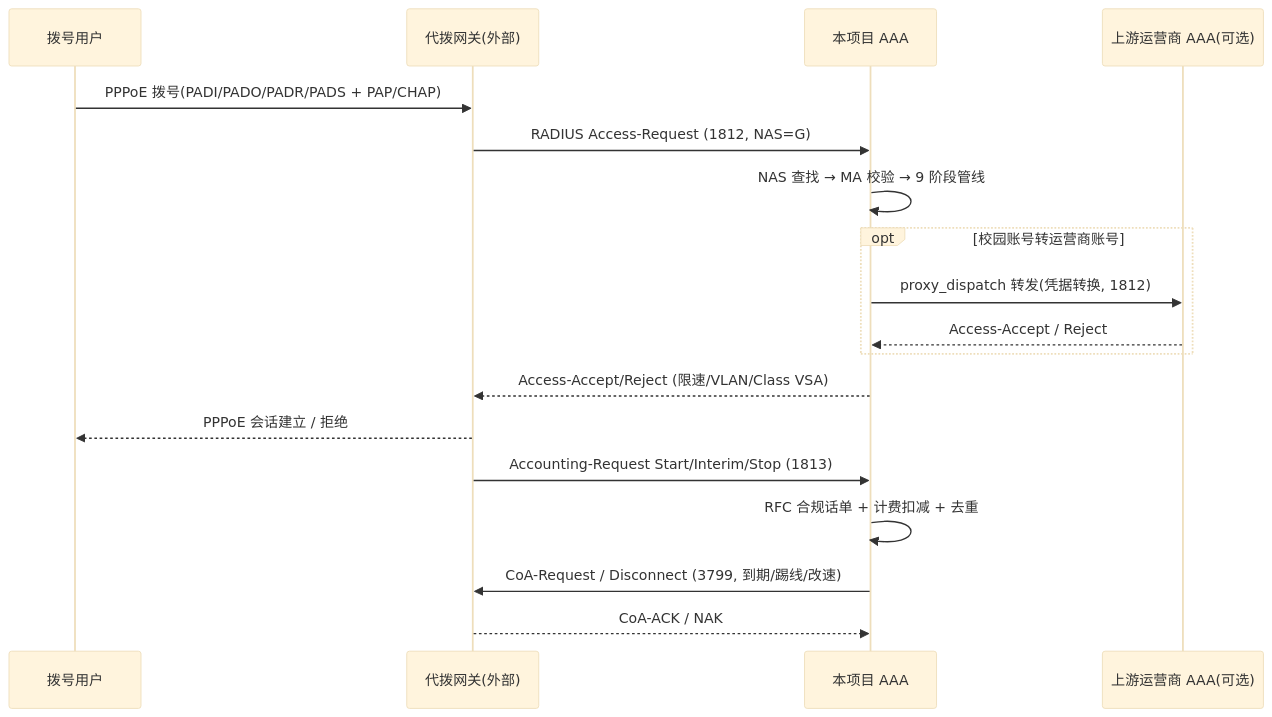
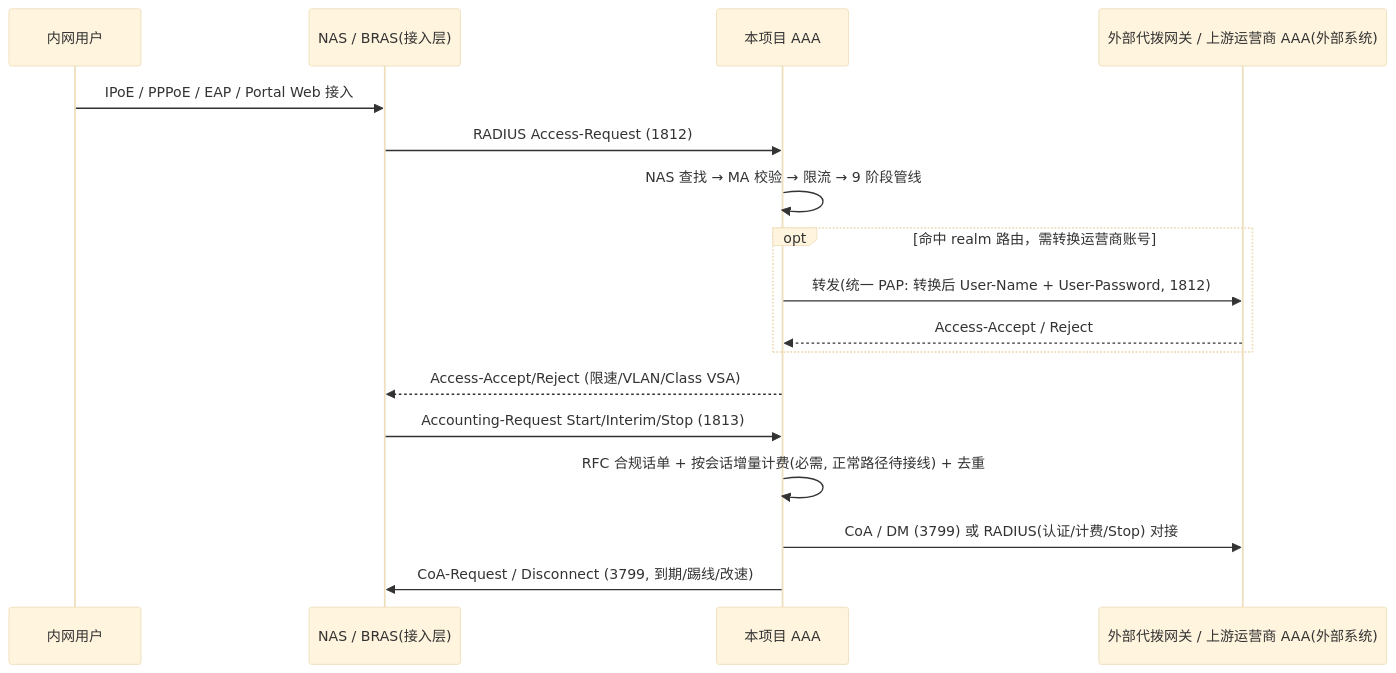
The sixth of 8 diagrams in docs/PROJECT-GUIDE.md (fanchaoping37/toughradius), drawn with Mermaid (base theme) before and after one commit. The commit also changed other lines of this file and 7 other files, not shown here.

Commit message:
docs: freeze 7 business clarifications (architecture baseline only, no code changes)

````diff
--- a/docs/PROJECT-GUIDE.md
+++ b/docs/PROJECT-GUIDE.md
@@ -237,21 +286,20 @@
 ```mermaid
 sequenceDiagram
-    participant U as 拨号用户
-    participant G as 代拨网关(外部)
+    participant U as 内网用户
+    participant N as NAS / BRAS(接入层)
     participant A as 本项目 AAA
-    participant O as 上游运营商 AAA(可选)
+    participant D as 外部代拨网关 / 上游运营商 AAA(外部系统)
 
-    U->>G: PPPoE 拨号(PADI/PADO/PADR/PADS + PAP/CHAP)
-    G->>A: RADIUS Access-Request (1812, NAS=G)
-    A->>A: NAS 查找 → MA 校验 → 9 阶段管线
-    opt 校园账号转运营商账号
-        A->>O: proxy_dispatch 转发(凭据转换, 1812)
-        O-->>A: Access-Accept / Reject
+    U->>N: IPoE / PPPoE / EAP / Portal Web 接入
+    N->>A: RADIUS Access-Request (1812)
+    A->>A: NAS 查找 → MA 校验 → 限流 → 9 阶段管线
+    opt 命中 realm 路由，需转换运营商账号
+        A->>D: 转发(统一 PAP: 转换后 User-Name + User-Password, 1812)
+        D-->>A: Access-Accept / Reject
     end
-    A-->>G: Access-Accept/Reject (限速/VLAN/Class VSA)
-    G-->>U: PPPoE 会话建立 / 拒绝
-    G->>A: Accounting-Request Start/Interim/Stop (1813)
-    A->>A: RFC 合规话单 + 计费扣减 + 去重
-    A->>G: CoA-Request / Disconnect (3799, 到期/踢线/改速)
-    G-->>A: CoA-ACK / NAK
+    A-->>N: Access-Accept/Reject (限速/VLAN/Class VSA)
+    N->>A: Accounting-Request Start/Interim/Stop (1813)
+    A->>A: RFC 合规话单 + 按会话增量计费(必需, 正常路径待接线) + 去重
+    A->>D: CoA / DM (3799) 或 RADIUS(认证/计费/Stop) 对接
+    A->>N: CoA-Request / Disconnect (3799, 到期/踢线/改速)
 ```
````
